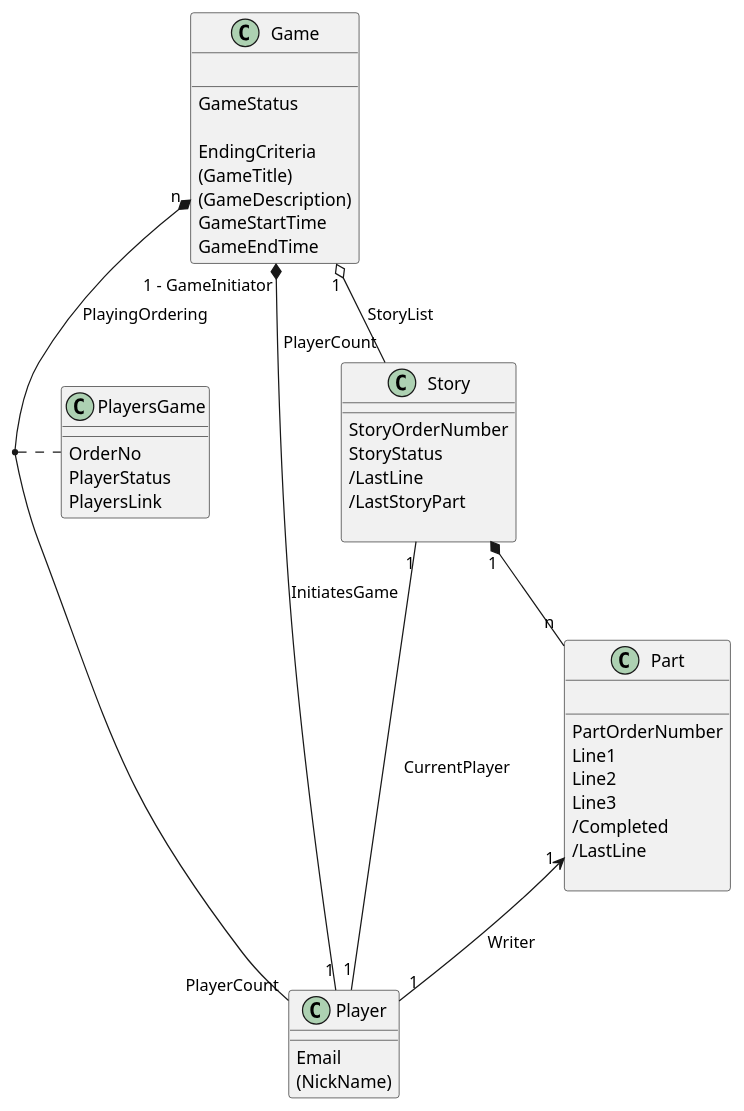
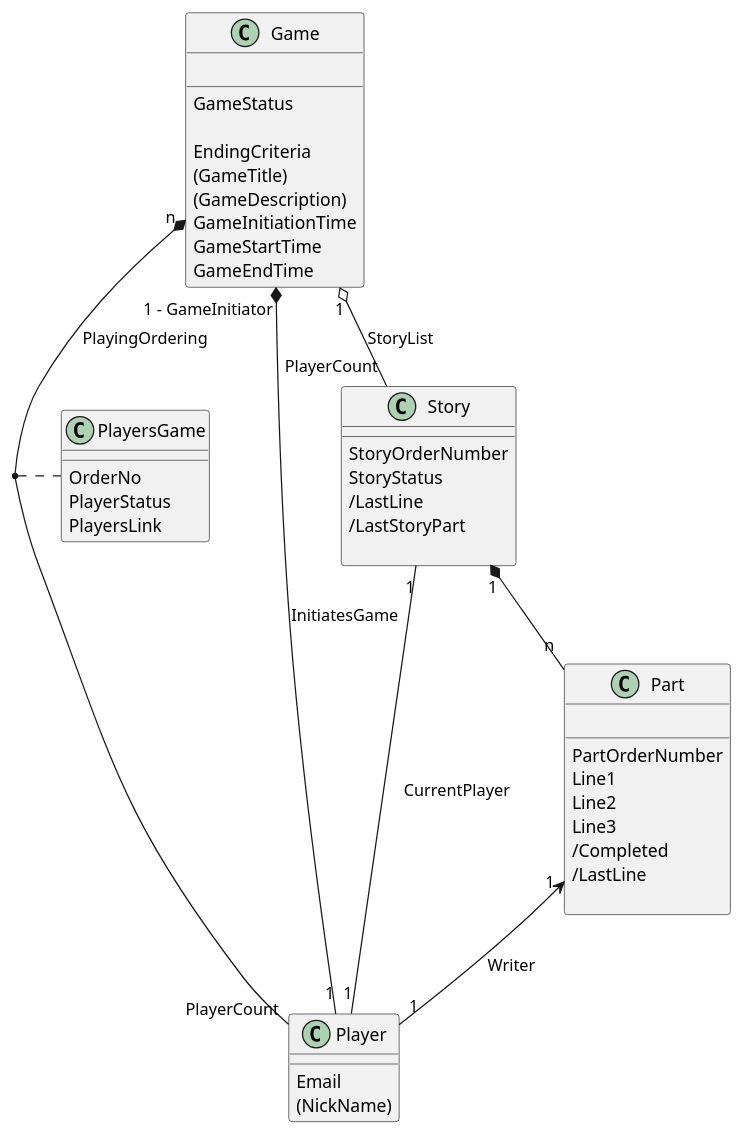
One commit to teemukin65/tarinapeli_s changed the diagram in doc/tarinapeli_concepts.puml. Above: the diagram before and after it, drawn with PlantUML. The commit also changed 4 other files, not shown here.

```diff
--- a/doc/tarinapeli_concepts.puml
+++ b/doc/tarinapeli_concepts.puml
@@ -1,64 +1,65 @@
 @startuml
 
 
 class Game {
 
 __
 GameStatus
 
 EndingCriteria
 (GameTitle)
 (GameDescription)
+GameInitiationTime
 GameStartTime
 GameEndTime
  }
 
 Game "n" *-- "PlayerCount" Player : PlayingOrdering
 (Game, Player) .. PlayersGame
 
 
 class PlayersGame {
 __
 OrderNo
 PlayerStatus
 PlayersLink
 }
 
 Game "1 - GameInitiator" *-- "1" Player: InitiatesGame
 
 Game "1" o-- "PlayerCount" Story: StoryList
 
 class Player {
 __
 Email
 (NickName)
 }
 
 
 class Story {
 ___
 StoryOrderNumber
 StoryStatus
 /LastLine
 /LastStoryPart
 
 }
 
 Story "1"--"1" Player: CurrentPlayer
 
 
 Story "1" *-- "n" Part
 class Part {
 
 __
 PartOrderNumber
 Line1
 Line2
 Line3
 /Completed
 /LastLine
 
 }
 
 Part "1" <-- "1" Player : Writer
 @enduml
```
